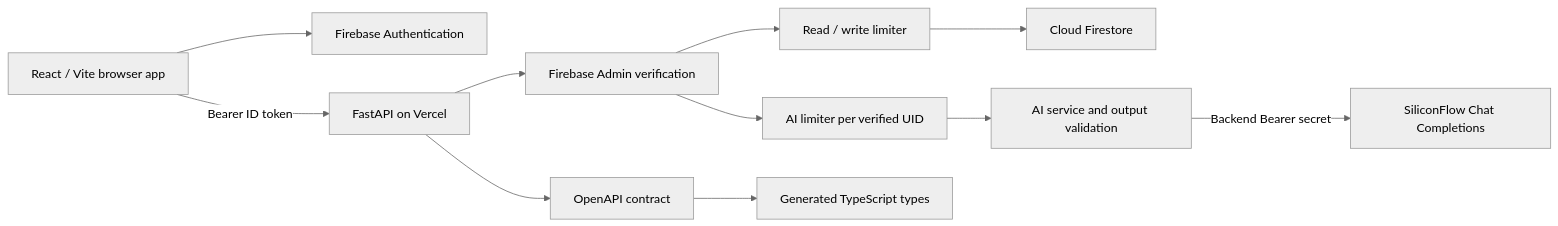
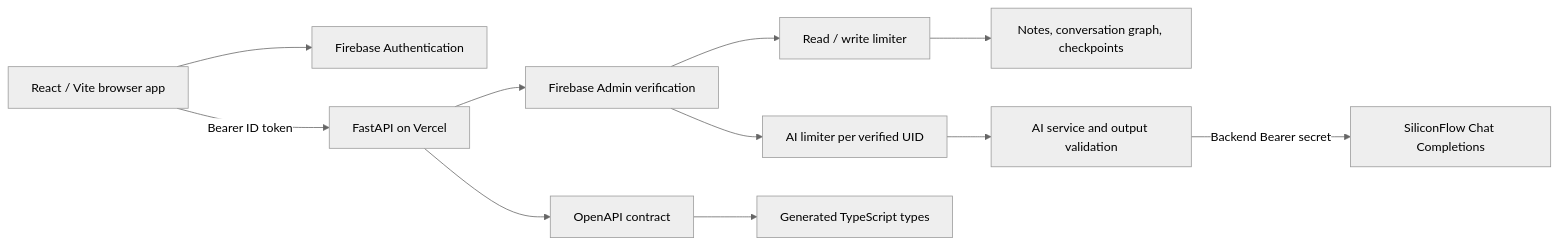
One commit to Yangjunjie-Lin/notevault changed the diagram in README.md. Above: the diagram before and after it, drawn with Mermaid (neutral theme). The commit also changed other lines of this file and 49 other files, not shown here.

````diff
--- a/README.md
+++ b/README.md
@@ -50,13 +57,13 @@
 ```mermaid
 flowchart LR
   browser["React / Vite browser app"] --> auth["Firebase Authentication"]
   browser -->|"Bearer ID token"| api["FastAPI on Vercel"]
   api --> verify["Firebase Admin verification"]
   verify --> notesLimit["Read / write limiter"]
-  notesLimit --> firestore["Cloud Firestore"]
+  notesLimit --> firestore["Notes, conversation graph, checkpoints"]
   verify --> aiLimit["AI limiter per verified UID"]
   aiLimit --> aiService["AI service and output validation"]
   aiService -->|"Backend Bearer secret"| siliconflow["SiliconFlow Chat Completions"]
   api --> openapi["OpenAPI contract"]
   openapi --> types["Generated TypeScript types"]
 ```
````
